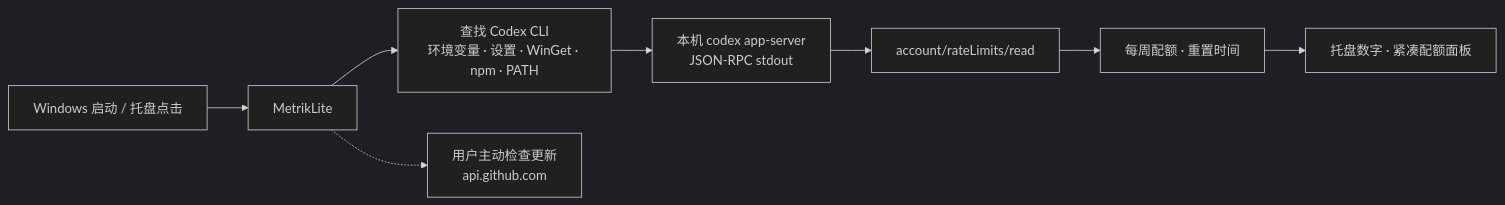
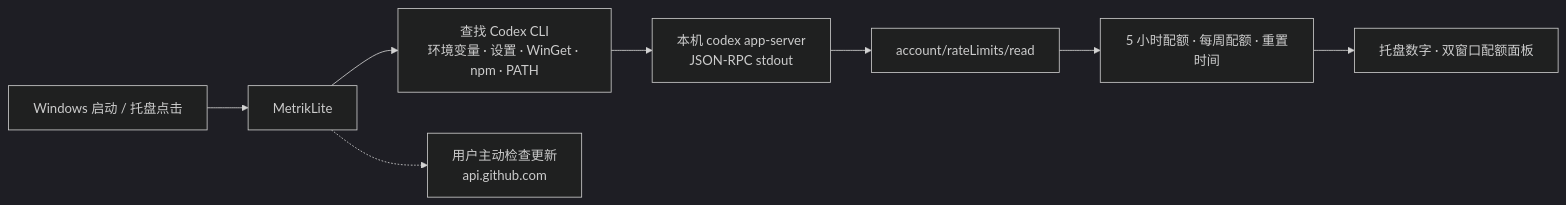
Before and after one commit to mors-lee/MetrikLite: the diagram in README.md, drawn with Mermaid (dark theme). The commit also changed other lines of this file and 10 other files, not shown here.

````diff
--- a/README.md
+++ b/README.md
@@ -106,10 +106,10 @@
 ```mermaid
 flowchart LR
     A["Windows 启动 / 托盘点击"] --> B["MetrikLite"]
     B --> C["查找 Codex CLI<br/>环境变量 · 设置 · WinGet · npm · PATH"]
     C --> D["本机 codex app-server<br/>JSON-RPC stdout"]
     D --> E["account/rateLimits/read"]
-    E --> F["每周配额 · 重置时间"]
-    F --> G["托盘数字 · 紧凑配额面板"]
+    E --> F["5 小时配额 · 每周配额 · 重置时间"]
+    F --> G["托盘数字 · 双窗口配额面板"]
     B -.-> H["用户主动检查更新<br/>api.github.com"]
 ```
````
